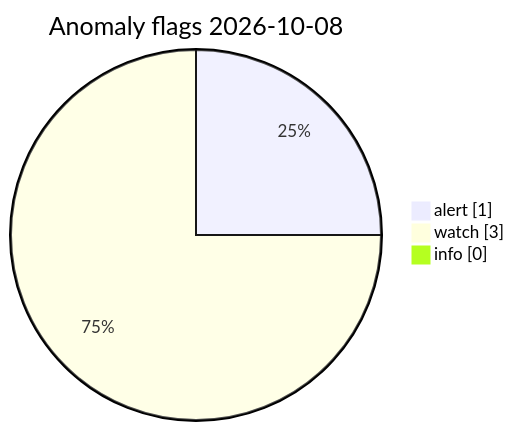
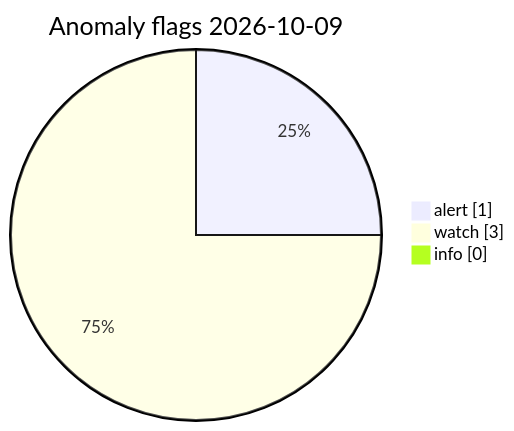
Before and after one commit to Midwest-Stratospheric/Unified-Open-Global-Weather: the diagram in visuals/latest/CHARTS.md, drawn with Mermaid. The commit also changed other lines of this file and 11 other files, not shown here.

Commit message:
data(visuals): automated charts 2026-10-09T13:22Z

````diff
--- a/visuals/latest/CHARTS.md
+++ b/visuals/latest/CHARTS.md
@@ -73,7 +73,7 @@
 ```mermaid
 pie showData
-  title Anomaly flags 2026-10-08
+  title Anomaly flags 2026-10-09
   "alert" : 1
   "watch" : 3
   "info" : 0
 ```
````
